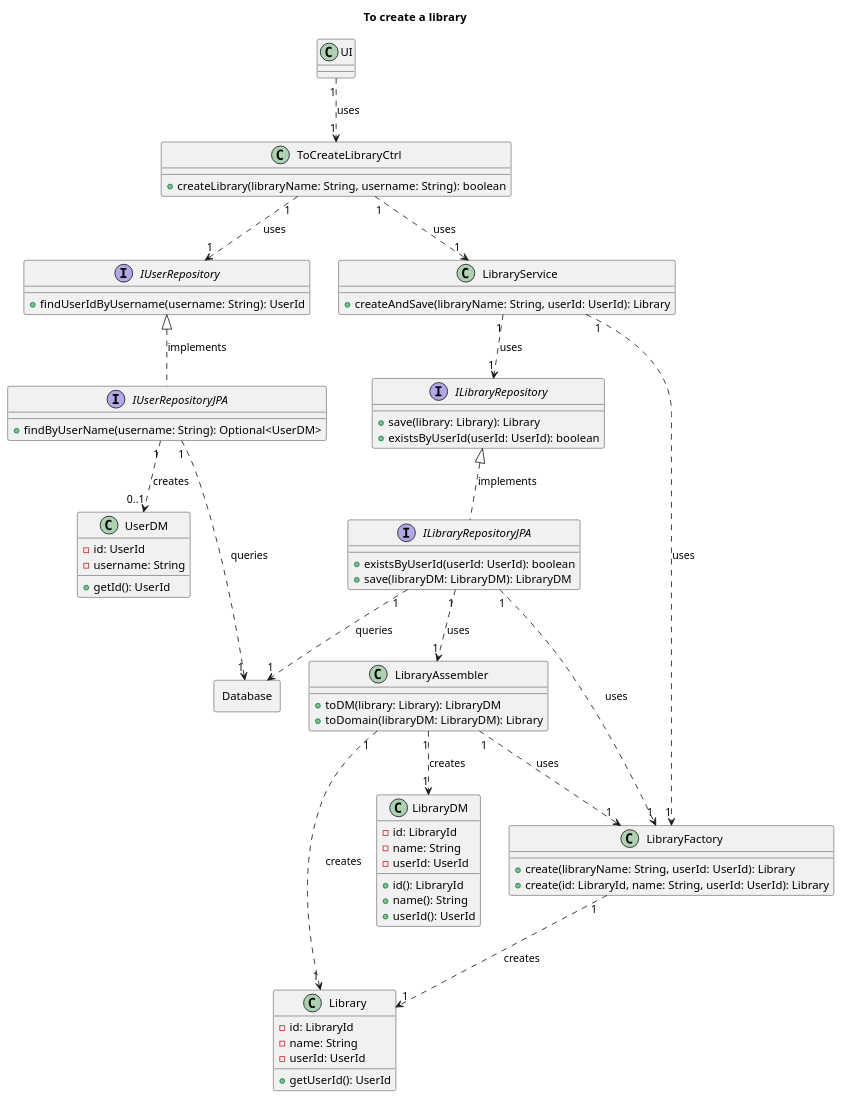
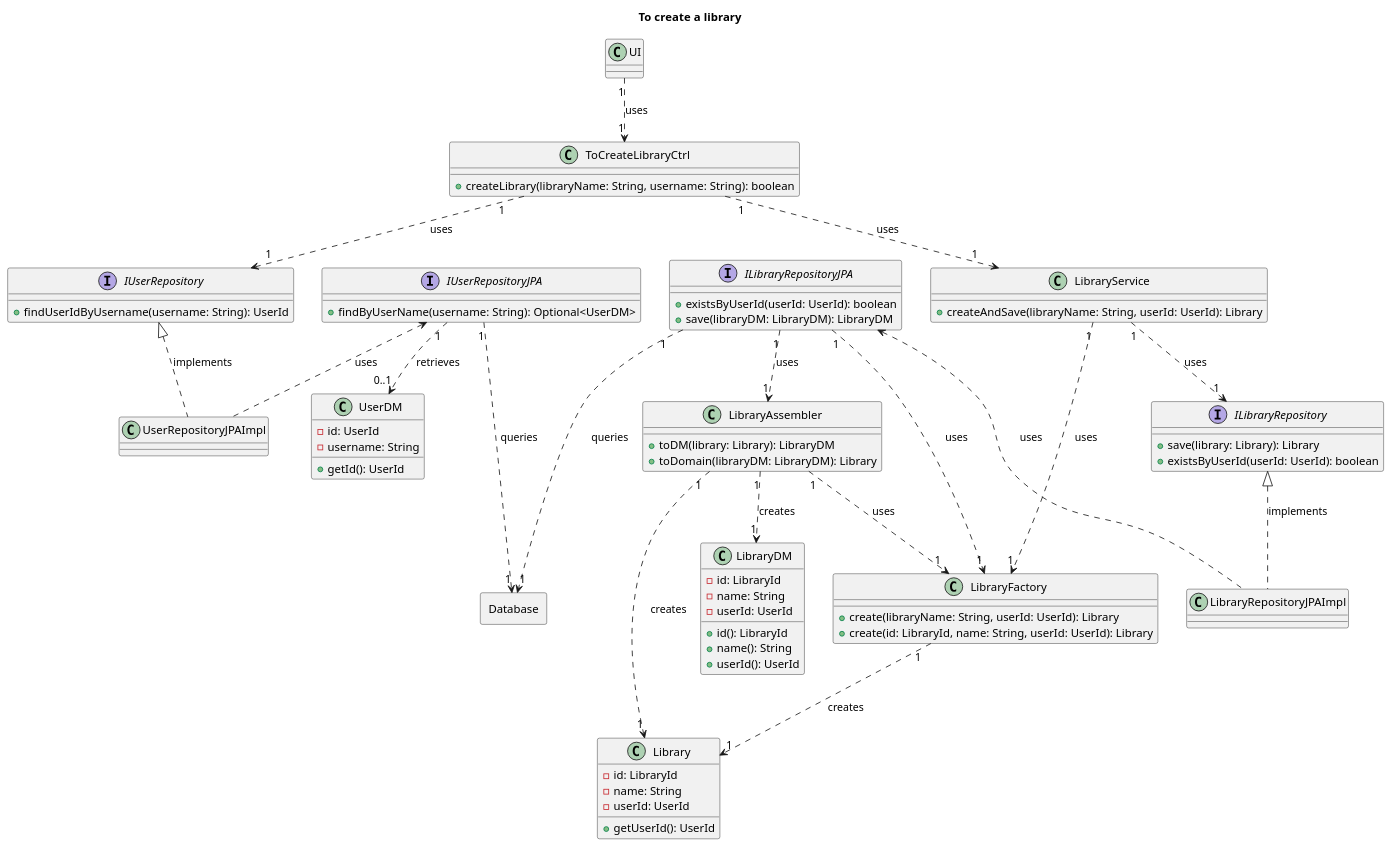
The diagram in Diagrams/ClassDiagrams/To-create-a-library.puml (AndrePereiraGitH/SWitCH-Project-Team_A), drawn with PlantUML before and after one commit. The commit also changed 2 other files, not shown here.

Commit message:
refactor #651 #699 #674: fix class diagram JPA interface relationships

```diff
--- a/Diagrams/ClassDiagrams/To-create-a-library.puml
+++ b/Diagrams/ClassDiagrams/To-create-a-library.puml
@@ -1,96 +1,105 @@
 @startuml
 title To create a library
 
 ' ── UI Layer ───────────────────────────────────────────────
 class UI {
 }
 
 ' ── Application Layer ──────────────────────────────────────
 class ToCreateLibraryCtrl {
     + createLibrary(libraryName: String, username: String): boolean
 }
 
 class LibraryService {
     + createAndSave(libraryName: String, userId: UserId): Library
 }
 
 ' ── Domain Layer ───────────────────────────────────────────
 interface IUserRepository {
     + findUserIdByUsername(username: String): UserId
 }
 
 interface ILibraryRepository {
     + save(library: Library): Library
     + existsByUserId(userId: UserId): boolean
 }
 
 class LibraryFactory {
     + create(libraryName: String, userId: UserId): Library
     + create(id: LibraryId, name: String, userId: UserId): Library
 }
 
 class Library {
     - id: LibraryId
     - name: String
     - userId: UserId
     + getUserId(): UserId
+}
+
+class LibraryRepositoryJPAImpl{
+}
+
+class UserRepositoryJPAImpl{
 }
 
 ' ── Infrastructure Layer ───────────────────────────────────
 interface IUserRepositoryJPA {
     + findByUserName(username: String): Optional<UserDM>
 }
 
 interface ILibraryRepositoryJPA {
     + existsByUserId(userId: UserId): boolean
     + save(libraryDM: LibraryDM): LibraryDM
 }
 
 class LibraryAssembler {
     + toDM(library: Library): LibraryDM
     + toDomain(libraryDM: LibraryDM): Library
 }
 
 class UserDM {
     - id: UserId
     - username: String
     + getId(): UserId
 }
 
 class LibraryDM {
     - id: LibraryId
     - name: String
     - userId: UserId
     + id(): LibraryId
     + name(): String
     + userId(): UserId
 }
 
 Rectangle Database {
 }
 
 ' ── Relationships ──────────────────────────────────────────
 UI "1" ..> "1" ToCreateLibraryCtrl : uses
 ToCreateLibraryCtrl "1" ..> "1" IUserRepository : uses
 ToCreateLibraryCtrl "1" ..> "1" LibraryService : uses
 
 LibraryService "1" ..> "1" LibraryFactory : uses
 LibraryService "1" ..> "1" ILibraryRepository : uses
 
-IUserRepository <|.. IUserRepositoryJPA : implements
-ILibraryRepository <|.. ILibraryRepositoryJPA : implements
+IUserRepository <|.. UserRepositoryJPAImpl : implements
+IUserRepositoryJPA <.. UserRepositoryJPAImpl : uses
+
+ILibraryRepository <|.. LibraryRepositoryJPAImpl : implements
+ILibraryRepositoryJPA <.. LibraryRepositoryJPAImpl : uses
 
 ILibraryRepositoryJPA "1" ..> "1" LibraryAssembler : uses
 ILibraryRepositoryJPA "1" ..> "1" LibraryFactory : uses
 
 LibraryAssembler "1" ..> "1" LibraryDM : creates
 LibraryAssembler "1" ..> "1" Library : creates
 LibraryAssembler "1" ..> "1" LibraryFactory : uses
 
 LibraryFactory "1" ..> "1" Library : creates
 
-IUserRepositoryJPA "1" ..> "0..1" UserDM : creates
-IUserRepositoryJPA "1" ..> "1" Database : queries
-ILibraryRepositoryJPA "1" ..> "1" Database : queries
+IUserRepositoryJPA "1" ..> "0..1" UserDM : retrieves
+IUserRepositoryJPA "1" ...> "1" Database : queries
+ILibraryRepositoryJPA "1" ...> "1" Database : queries
 
 @enduml
```
